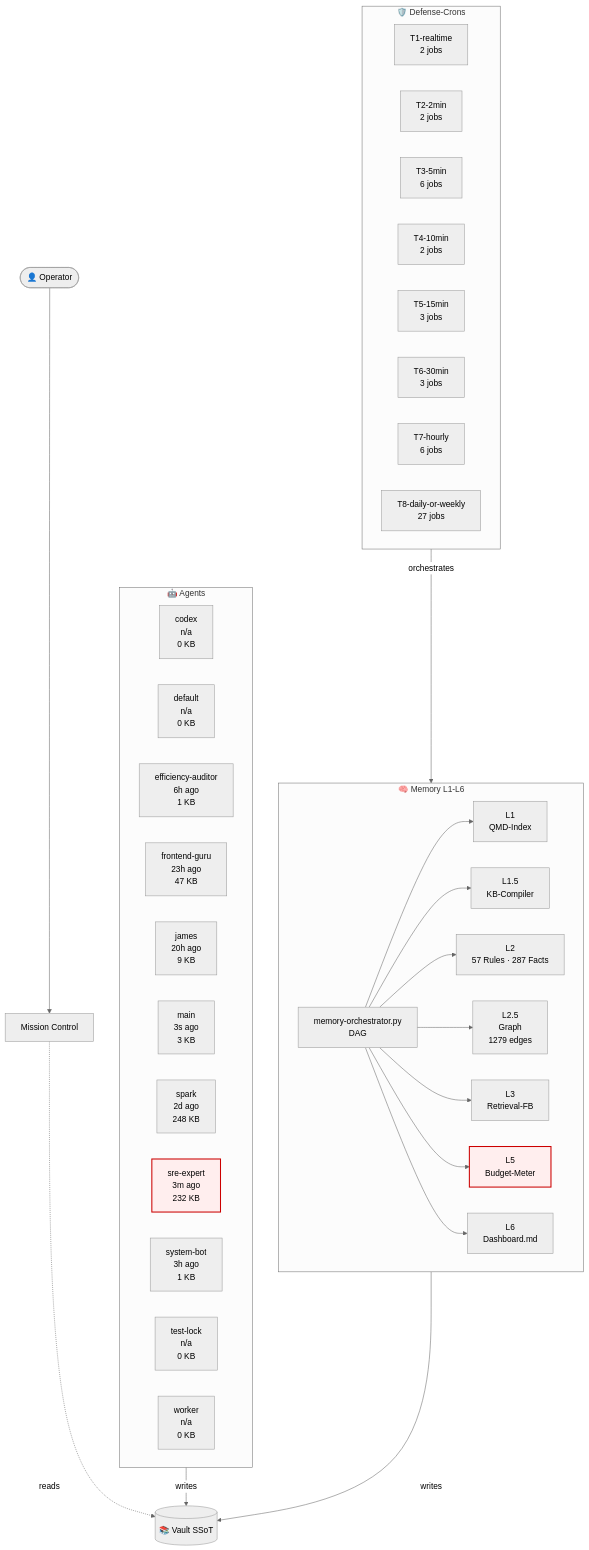
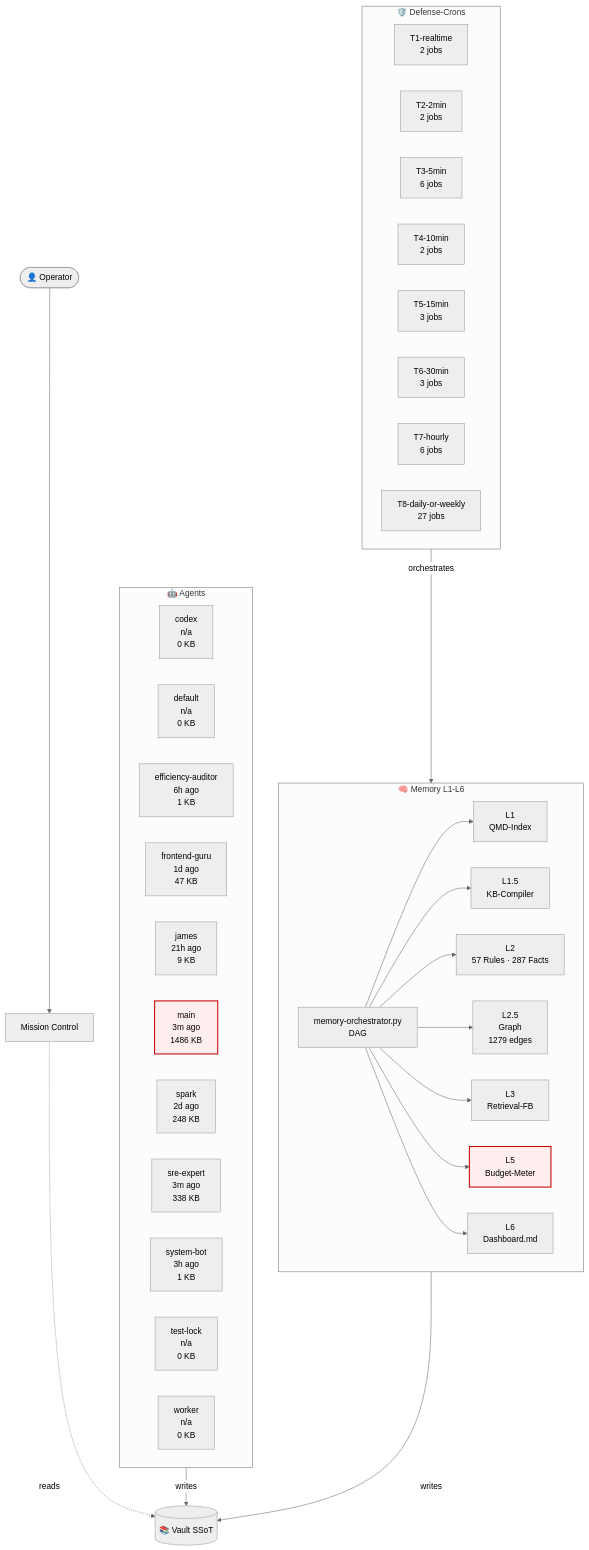
The diagram in 03-Agents/architecture-live.md (lenardhuebner88-rgb/openclaw-memory), drawn with Mermaid (neutral theme) before and after one commit. The commit also changed other lines of this file and 5 other files, not shown here.

````diff
--- a/03-Agents/architecture-live.md
+++ b/03-Agents/architecture-live.md
@@ -18,54 +18,54 @@
 ```mermaid
 flowchart TB
     classDef critical fill:#fee,stroke:#c00,stroke-width:2px;
     subgraph AGT["🤖 Agents"]
         agent_codex["codex<br/>n/a<br/>0 KB"]
         agent_default["default<br/>n/a<br/>0 KB"]
         agent_efficiency_auditor["efficiency-auditor<br/>6h ago<br/>1 KB"]
-        agent_frontend_guru["frontend-guru<br/>23h ago<br/>47 KB"]
-        agent_james["james<br/>20h ago<br/>9 KB"]
-        agent_main["main<br/>3s ago<br/>3 KB"]
+        agent_frontend_guru["frontend-guru<br/>1d ago<br/>47 KB"]
+        agent_james["james<br/>21h ago<br/>9 KB"]
+        agent_main["main<br/>3m ago<br/>1486 KB"]
         agent_spark["spark<br/>2d ago<br/>248 KB"]
-        agent_sre_expert["sre-expert<br/>3m ago<br/>232 KB"]
+        agent_sre_expert["sre-expert<br/>3m ago<br/>338 KB"]
         agent_system_bot["system-bot<br/>3h ago<br/>1 KB"]
         agent_test_lock["test-lock<br/>n/a<br/>0 KB"]
         agent_worker["worker<br/>n/a<br/>0 KB"]
     end
     subgraph MEM["🧠 Memory L1-L6"]
         L1["L1<br/>QMD-Index"]
         L15["L1.5<br/>KB-Compiler"]
         L2["L2<br/>57 Rules · 287 Facts"]
         L25["L2.5<br/>Graph<br/>1279 edges"]
         L3["L3<br/>Retrieval-FB"]
         L5["L5<br/>Budget-Meter"]
         L6["L6<br/>Dashboard.md"]
         ORCH["memory-orchestrator.py<br/>DAG"]
     end
     subgraph CRN["🛡️ Defense-Crons"]
         tier_T1_realtime["T1-realtime<br/>2 jobs"]
         tier_T2_2min["T2-2min<br/>2 jobs"]
         tier_T3_5min["T3-5min<br/>6 jobs"]
         tier_T4_10min["T4-10min<br/>2 jobs"]
         tier_T5_15min["T5-15min<br/>3 jobs"]
         tier_T6_30min["T6-30min<br/>3 jobs"]
         tier_T7_hourly["T7-hourly<br/>6 jobs"]
         tier_T8_daily_or_weekly["T8-daily-or-weekly<br/>27 jobs"]
     end
     VAULT[("📚 Vault SSoT")]
     OP([👤 Operator])
     MC["Mission Control"]
     OP --> MC
     MC -.reads.-> VAULT
     AGT -->|writes| VAULT
     MEM -->|writes| VAULT
     ORCH --> L1
     ORCH --> L15
     ORCH --> L2
     ORCH --> L25
     ORCH --> L3
     ORCH --> L5
     ORCH --> L6
     CRN -->|orchestrates| MEM
     class L5 critical
-    class agent_sre_expert critical
+    class agent_main critical
 ```
````
